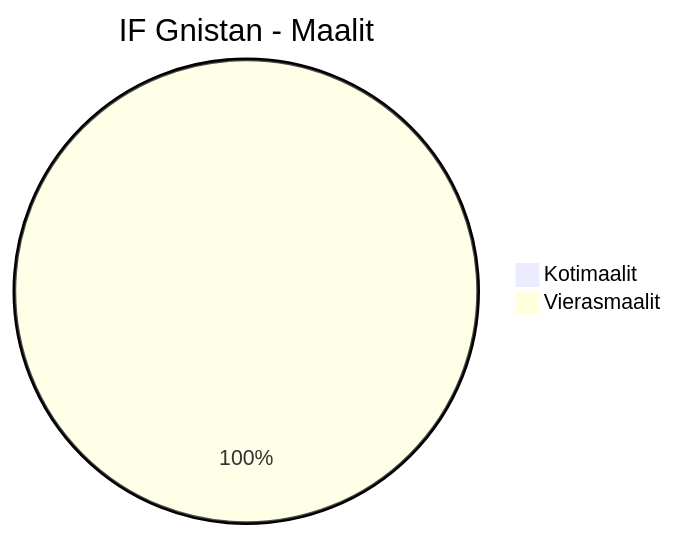
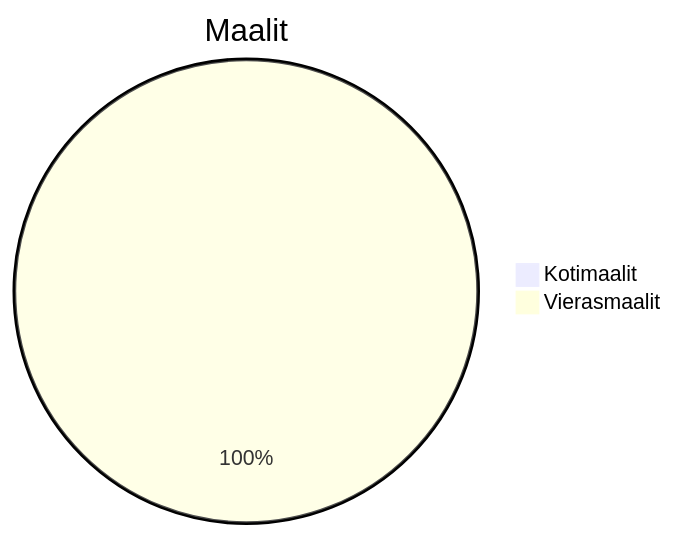
Diagram 15 of 27 in Yleisö2025.md (Linux88888/Veikkausliiga2025), drawn with Mermaid before and after one commit. The commit also changed other lines of this file, not shown here.

````diff
--- a/Yleisö2025.md
+++ b/Yleisö2025.md
@@ -135,5 +133,5 @@
 ```mermaid
-pie title IF Gnistan - Maalit
+pie title Maalit
     "Kotimaalit" : 0
     "Vierasmaalit" : 3
 ```
````
